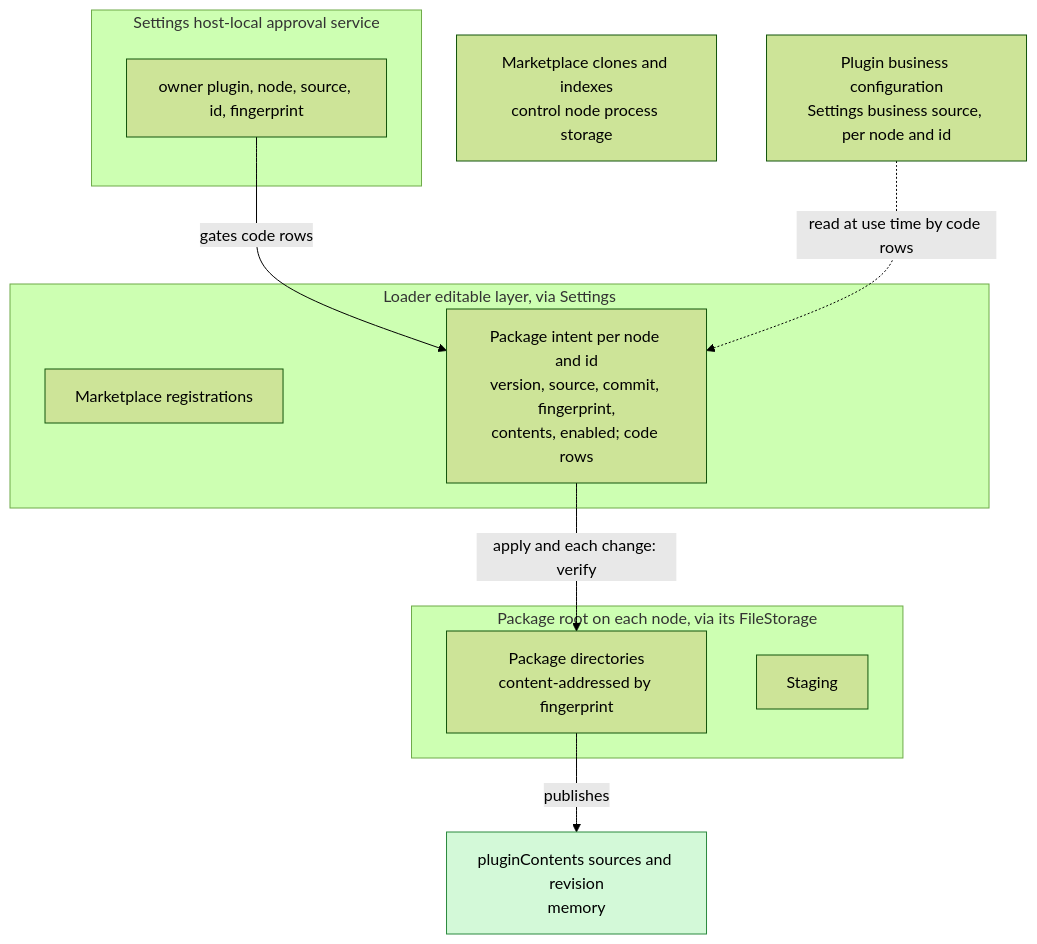
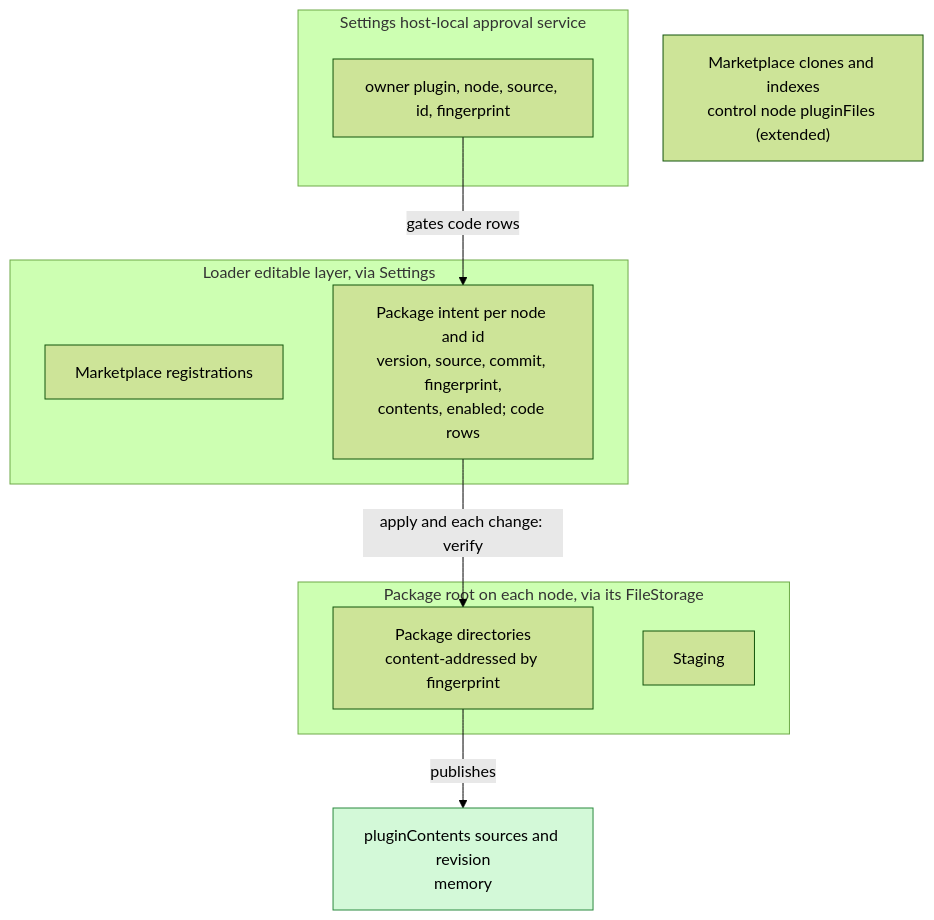
Before and after one commit to CoutinhoTTS/dim-agent: the second of 6 diagrams in docs/design/plugins/PluginManager.md, drawn with Mermaid (forest theme). The commit also changed other lines of this file and 42 other files, not shown here.

````diff
--- a/docs/design/plugins/PluginManager.md
+++ b/docs/design/plugins/PluginManager.md
@@ -44,22 +44,20 @@
 ```mermaid
 flowchart TB
   subgraph LEL["Loader editable layer, via Settings"]
     MK["Marketplace registrations"]
     PR["Package intent per node and id<br/>version, source, commit, fingerprint,<br/>contents, enabled; code rows"]
   end
-  BC["Plugin business configuration<br/>Settings business source, per node and id"]
   subgraph HLA["Settings host-local approval service"]
     AP["owner plugin, node, source, id, fingerprint"]
   end
   subgraph PS["Package root on each node, via its FileStorage"]
     PKG["Package directories<br/>content-addressed by fingerprint"]
     STG["Staging"]
   end
-  CACHE["Marketplace clones and indexes<br/>control node process storage"]
+  CACHE["Marketplace clones and indexes<br/>control node pluginFiles (extended)"]
   MEM["pluginContents sources and revision<br/>memory"]:::new
   PR -->|"apply and each change: verify"| PKG
   PKG -->|"publishes"| MEM
   AP -->|"gates code rows"| PR
-  BC -.->|"read at use time by code rows"| PR
   classDef new fill:#d3f9d8,stroke:#2b8a3e,color:#000
 ```
````
